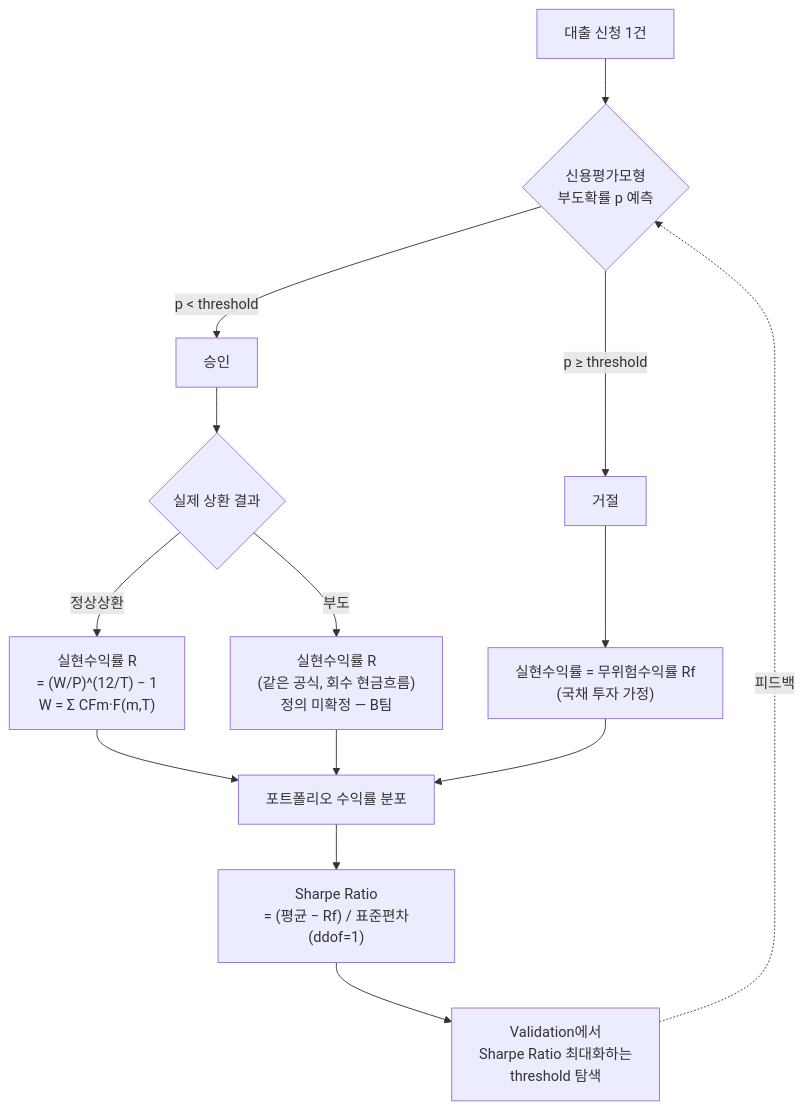
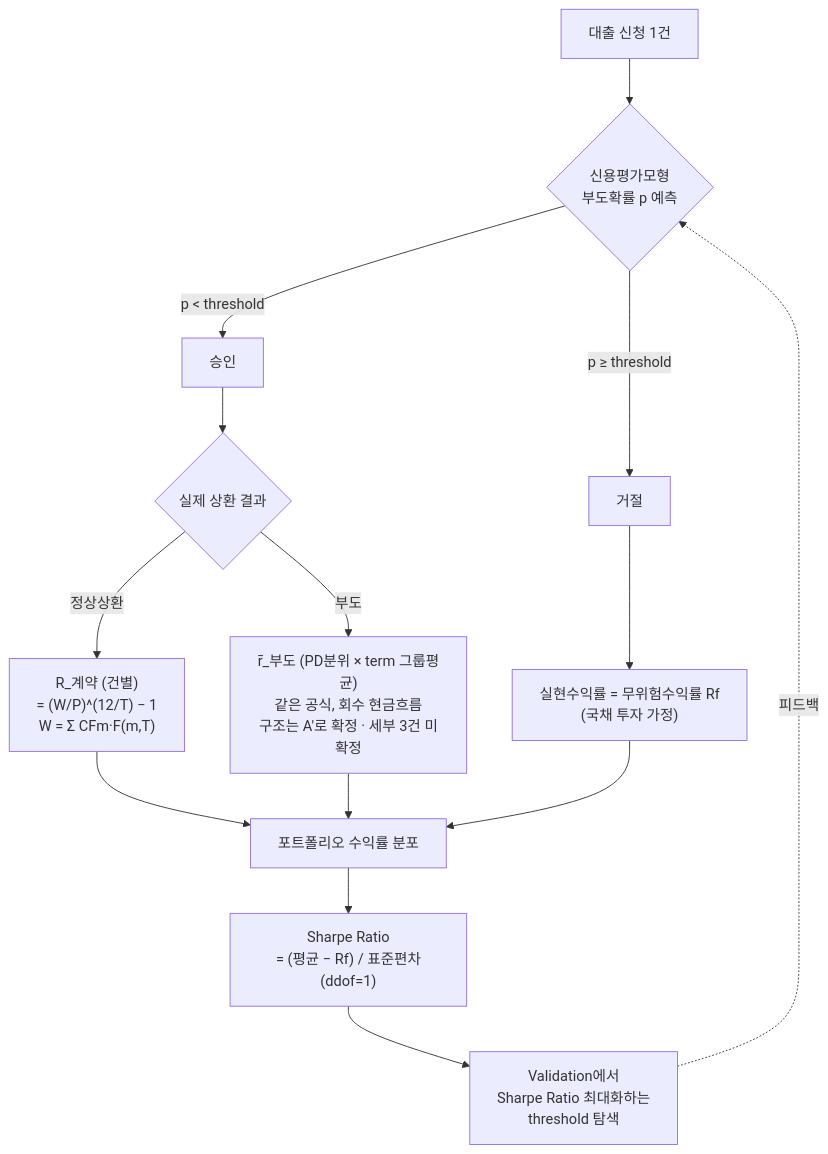
Before and after one commit to SNU-ABS-13-Team-1/Lending-Club-Team-Project: the second of 2 diagrams in docs/architecture.md, drawn with Mermaid. The commit also changed other lines of this file and 37 other files, not shown here.

````diff
--- a/docs/architecture.md
+++ b/docs/architecture.md
@@ -88,20 +100,20 @@
 ```mermaid
 graph TD
     L["대출 신청 1건"] --> M{"신용평가모형<br/>부도확률 p 예측"}
     M -->|"p < threshold"| APP["승인"]
     M -->|"p ≥ threshold"| REJ["거절"]
 
     APP --> R1{"실제 상환 결과"}
-    R1 -->|"정상상환"| RET1["실현수익률 R<br/>= (W/P)^(12/T) − 1<br/>W = Σ CFm·F(m,T)"]
-    R1 -->|"부도"| RET2["실현수익률 R<br/>(같은 공식, 회수 현금흐름)<br/>정의 미확정 — B팀"]
+    R1 -->|"정상상환"| RET1["R_계약 (건별)<br/>= (W/P)^(12/T) − 1<br/>W = Σ CFm·F(m,T)"]
+    R1 -->|"부도"| RET2["r̄_부도 (PD분위 × term 그룹평균)<br/>같은 공식, 회수 현금흐름<br/>구조는 A′로 확정 · 세부 3건 미확정"]
 
     REJ --> RET3["실현수익률 = 무위험수익률 Rf<br/>(국채 투자 가정)"]
 
     RET1 --> PORT["포트폴리오 수익률 분포"]
     RET2 --> PORT
     RET3 --> PORT
 
     PORT --> SR["Sharpe Ratio<br/>= (평균 − Rf) / 표준편차(ddof=1)"]
     SR --> TH["Validation에서<br/>Sharpe Ratio 최대화하는<br/>threshold 탐색"]
     TH -.피드백.-> M
 ```
````
